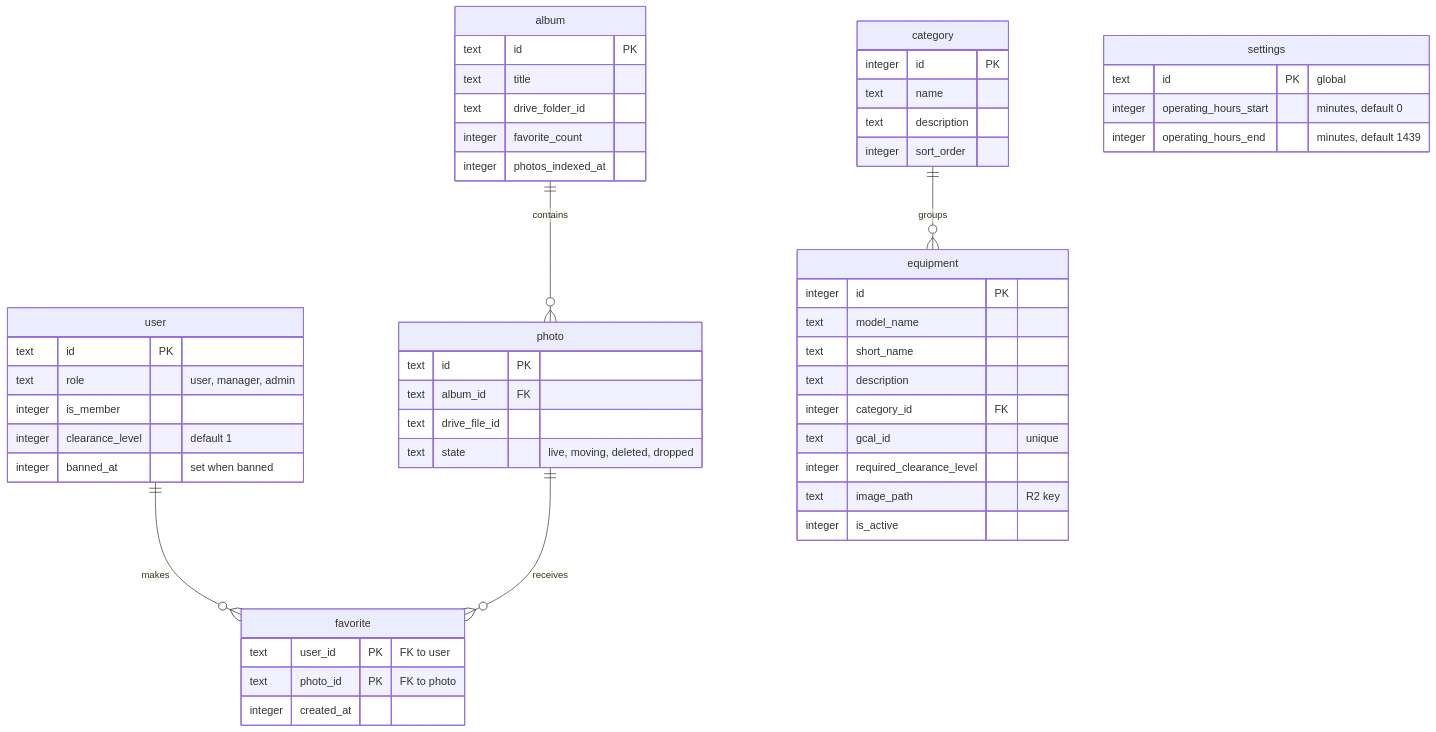
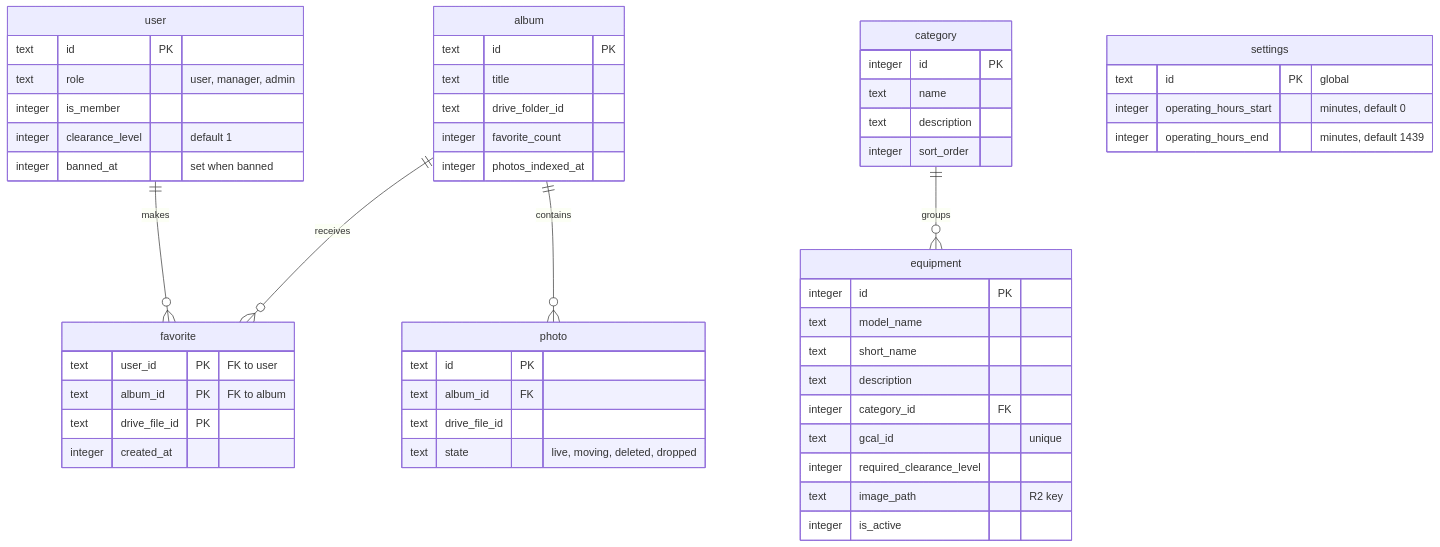
One commit to sagyzdop/meriksirat changed the diagram in docs/scenarios/equipment/erd.md. Above: the diagram before and after it, drawn with Mermaid. The commit also changed 28 other files, not shown here.

````diff
--- a/docs/scenarios/equipment/erd.md
+++ b/docs/scenarios/equipment/erd.md
@@ -26,54 +26,55 @@
 ```mermaid
 erDiagram
     user ||--o{ favorite : makes
-    photo ||--o{ favorite : receives
+    album ||--o{ favorite : receives
     album ||--o{ photo : contains
     category ||--o{ equipment : groups
     user {
         text id PK
         text role "user, manager, admin"
         integer is_member
         integer clearance_level "default 1"
         integer banned_at "set when banned"
     }
     category {
         integer id PK
         text name
         text description
         integer sort_order
     }
     equipment {
         integer id PK
         text model_name
         text short_name
         text description
         integer category_id FK
         text gcal_id "unique"
         integer required_clearance_level
         text image_path "R2 key"
         integer is_active
     }
     settings {
         text id PK "global"
         integer operating_hours_start "minutes, default 0"
         integer operating_hours_end "minutes, default 1439"
     }
     album {
         text id PK
         text title
         text drive_folder_id
         integer favorite_count
         integer photos_indexed_at
     }
     photo {
         text id PK
         text album_id FK
         text drive_file_id
         text state "live, moving, deleted, dropped"
     }
     favorite {
         text user_id PK "FK to user"
-        text photo_id PK "FK to photo"
+        text album_id PK "FK to album"
+        text drive_file_id PK
         integer created_at
     }
 ```
````
